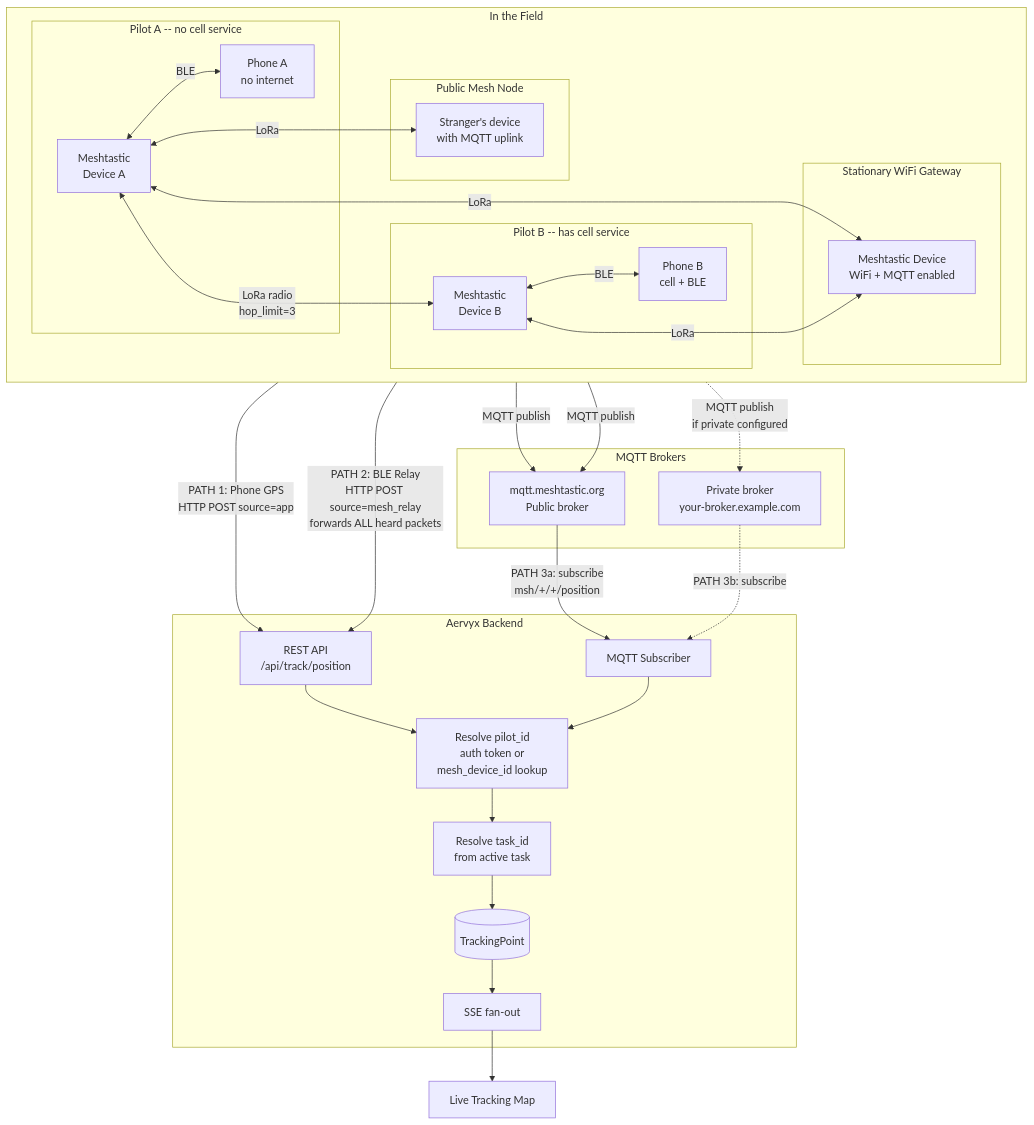
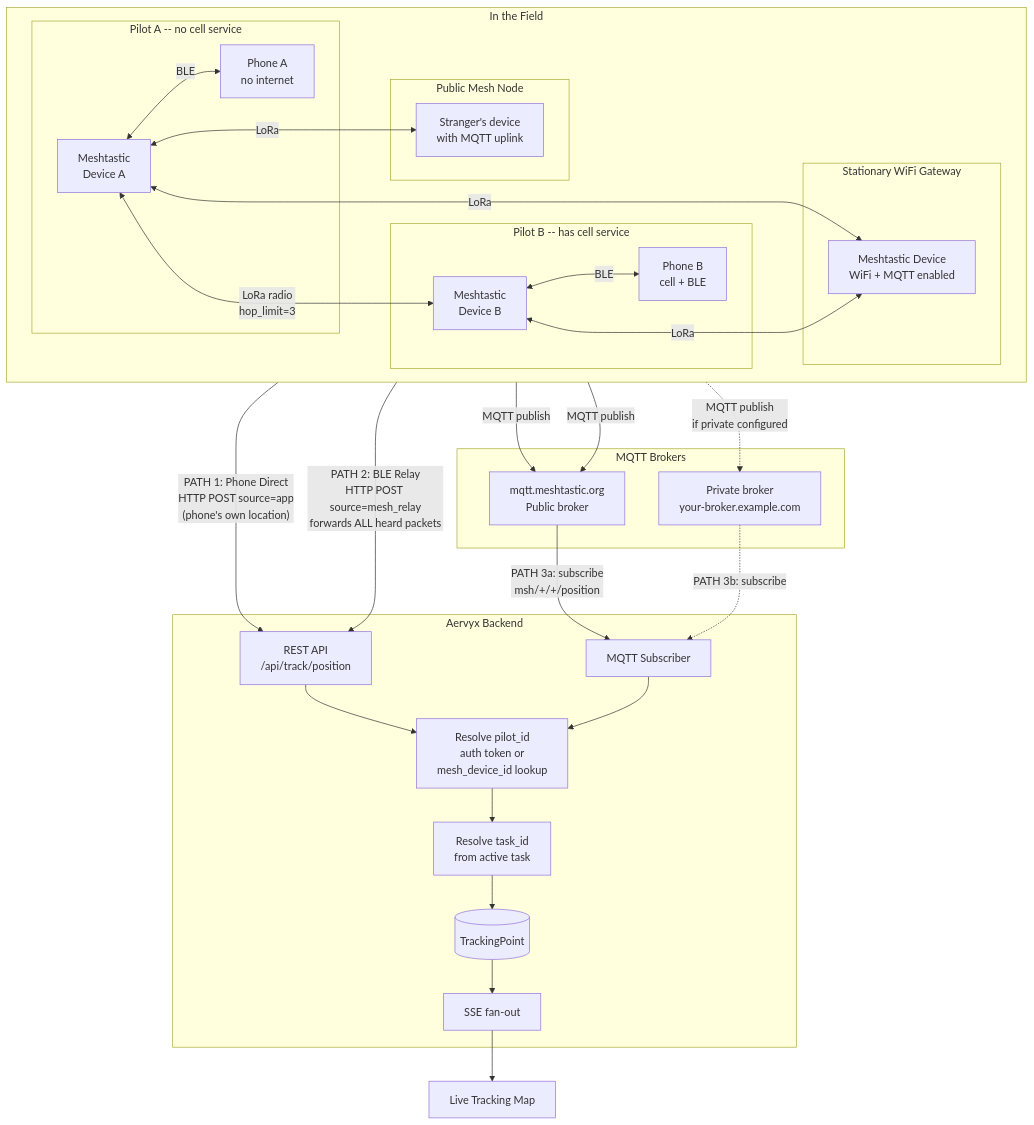
One commit to cwallen93117/aervyx changed the first of 2 diagrams in docs/meshtastic-data-flow.md. Above: the diagram before and after it, drawn with Mermaid. The commit also changed other lines of this file and 1 other file, not shown here.

First line of the commit message:
fix(docs): rename Path 1 from 'GPS' to 'Phone Direct' for clarity

````diff
--- a/docs/meshtastic-data-flow.md
+++ b/docs/meshtastic-data-flow.md
@@ -15,59 +15,59 @@
 ```mermaid
 flowchart TB
     subgraph field["In the Field"]
         direction LR
 
         subgraph pilotA["Pilot A -- no cell service"]
             A_DEV["Meshtastic\nDevice A"]
             A_PH["Phone A\nno internet"]
         end
 
         subgraph pilotB["Pilot B -- has cell service"]
             B_DEV["Meshtastic\nDevice B"]
             B_PH["Phone B\ncell + BLE"]
         end
 
         subgraph gw["Stationary WiFi Gateway"]
             GW_DEV["Meshtastic Device\nWiFi + MQTT enabled"]
         end
 
         subgraph wild["Public Mesh Node"]
             W_DEV["Stranger's device\nwith MQTT uplink"]
         end
     end
 
     A_DEV <--->|"LoRa radio\nhop_limit=3"| B_DEV
     A_DEV <--->|"LoRa"| GW_DEV
     A_DEV <--->|"LoRa"| W_DEV
     B_DEV <--->|"LoRa"| GW_DEV
 
     A_DEV <-->|"BLE"| A_PH
     B_DEV <-->|"BLE"| B_PH
 
-    B_PH -->|"PATH 1: Phone GPS\nHTTP POST source=app"| API
+    B_PH -->|"PATH 1: Phone Direct\nHTTP POST source=app\n(phone's own location)"| API
     B_PH -->|"PATH 2: BLE Relay\nHTTP POST source=mesh_relay\nforwards ALL heard packets"| API
 
     GW_DEV -->|"MQTT publish"| PUB
     W_DEV  -->|"MQTT publish"| PUB
     GW_DEV -.->|"MQTT publish\nif private configured"| PRIV
 
     subgraph brokers["MQTT Brokers"]
         PUB["mqtt.meshtastic.org\nPublic broker"]
         PRIV["Private broker\nyour-broker.example.com"]
     end
 
     subgraph aervyx["Aervyx Backend"]
         API["REST API\n/api/track/position"]
         MSUB["MQTT Subscriber"]
         API  --> RES["Resolve pilot_id\nauth token or\nmesh_device_id lookup"]
         MSUB --> RES
         RES  --> TASK["Resolve task_id\nfrom active task"]
         TASK --> DB[("TrackingPoint")]
         DB   --> SSE["SSE fan-out"]
     end
 
     PUB  -->|"PATH 3a: subscribe\nmsh/+/+/position"| MSUB
     PRIV -.->|"PATH 3b: subscribe"| MSUB
 
     SSE --> MAP["Live Tracking Map"]
 ```
````
